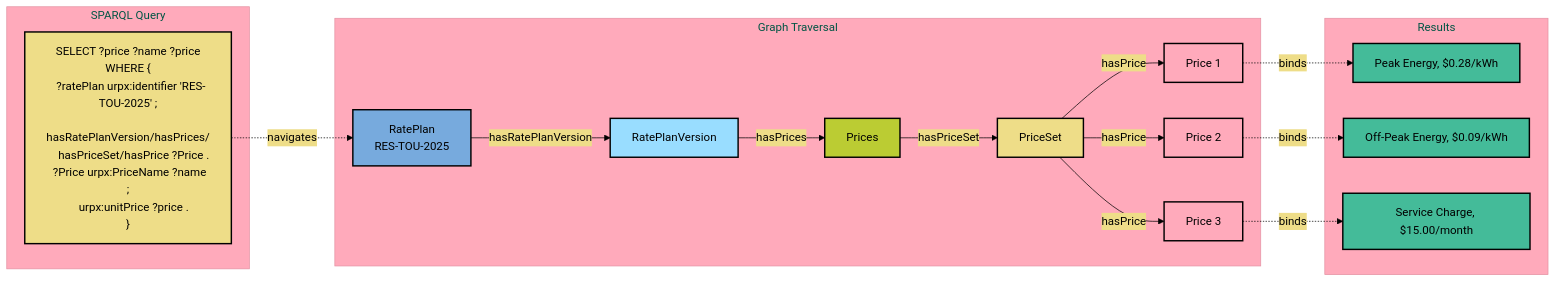
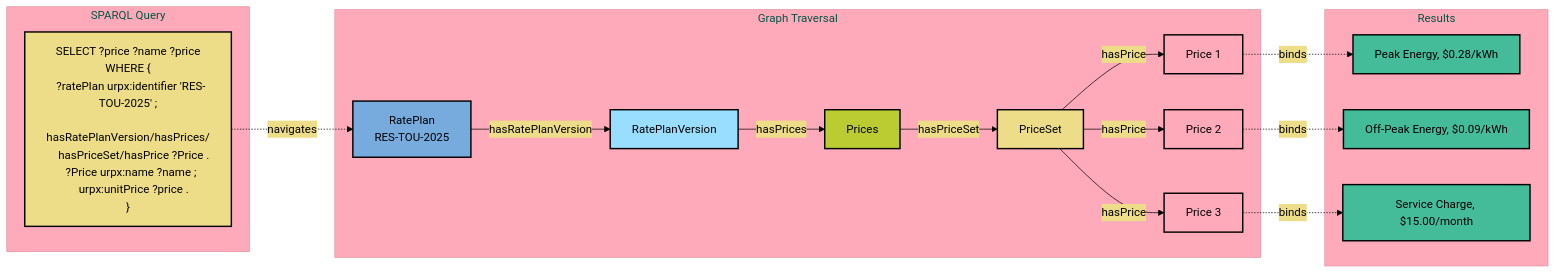
Before and after one commit to urpx-org/urpx: the diagram in documentation/diagrams/urpx-sparql-query-visual.mmd, drawn with Mermaid. The commit also changed 15 other files, not shown here.

```diff
--- a/documentation/diagrams/urpx-sparql-query-visual.mmd
+++ b/documentation/diagrams/urpx-sparql-query-visual.mmd
@@ -1,45 +1,45 @@
 %%{init: {'theme':'base', 'themeVariables': { 'primaryColor':'#77AADD', 'primaryTextColor':'#000', 'primaryBorderColor':'#000', 'lineColor':'#000', 'secondaryColor':'#EEDD88', 'tertiaryColor':'#FFAABB', 'background':'transparent'}}}%%
 graph LR
     subgraph "SPARQL Query"
-        Q["SELECT ?price ?name ?price<br/>WHERE {<br/>  ?ratePlan urpx:identifier 'RES-TOU-2025' ;<br/>    hasRatePlanVersion/hasPrices/<br/>    hasPriceSet/hasPrice ?Price .<br/>  ?Price urpx:PriceName ?name ;<br/>    urpx:unitPrice ?price .<br/>}"]
+        Q["SELECT ?price ?name ?price<br/>WHERE {<br/>  ?ratePlan urpx:identifier 'RES-TOU-2025' ;<br/>    hasRatePlanVersion/hasPrices/<br/>    hasPriceSet/hasPrice ?Price .<br/>  ?Price urpx:name ?name ;<br/>    urpx:unitPrice ?price .<br/>}"]
     end
     
     subgraph "Graph Traversal"
         RP[RatePlan<br/>RES-TOU-2025]
         RPV[RatePlanVersion]
         PRC[Prices]
         PS[PriceSet]
         P1[Price 1]
         P2[Price 2]
         P3[Price 3]
         
         RP -->|hasRatePlanVersion| RPV
         RPV -->|hasPrices| PRC
         PRC -->|hasPriceSet| PS
         PS -->|hasPrice| P1
         PS -->|hasPrice| P2
         PS -->|hasPrice| P3
     end
     
     subgraph "Results"
         R1["Peak Energy, $0.28/kWh"]
         R2["Off-Peak Energy, $0.09/kWh"]
         R3["Service Charge, $15.00/month"]
     end
     
     Q -.->|navigates| RP
     P1 -.->|binds| R1
     P2 -.->|binds| R2
     P3 -.->|binds| R3
     
     style Q fill:#EEDD88,stroke:#000,stroke-width:2px,color:#000
     style RP fill:#77AADD,stroke:#000,stroke-width:2px,color:#000
     style RPV fill:#99DDFF,stroke:#000,stroke-width:2px,color:#000
     style PRC fill:#BBCC33,stroke:#000,stroke-width:2px,color:#000
     style PS fill:#EEDD88,stroke:#000,stroke-width:2px,color:#000
     style P1 fill:#FFAABB,stroke:#000,stroke-width:2px,color:#000
     style P2 fill:#FFAABB,stroke:#000,stroke-width:2px,color:#000
     style P3 fill:#FFAABB,stroke:#000,stroke-width:2px,color:#000
     style R1 fill:#44BB99,stroke:#000,stroke-width:2px,color:#000
     style R2 fill:#44BB99,stroke:#000,stroke-width:2px,color:#000
     style R3 fill:#44BB99,stroke:#000,stroke-width:2px,color:#000
```
